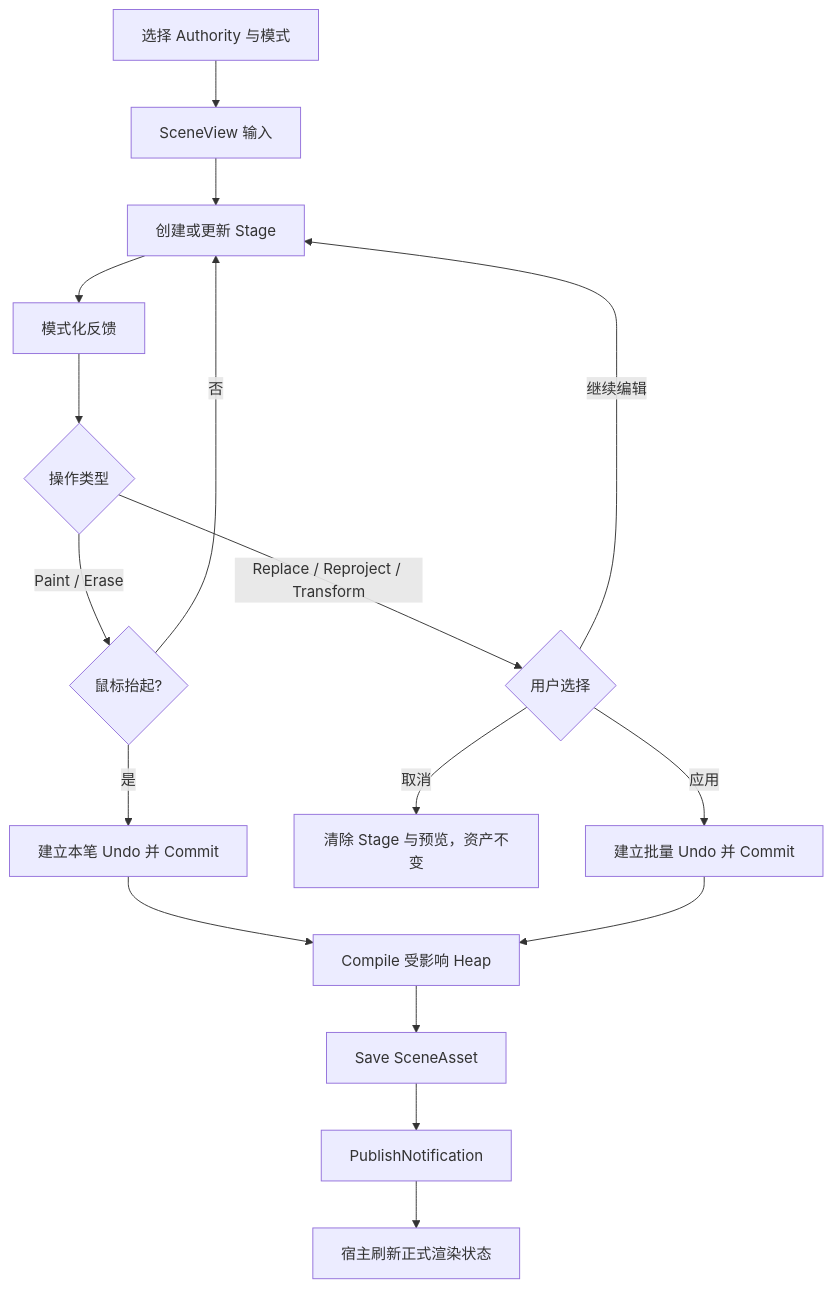
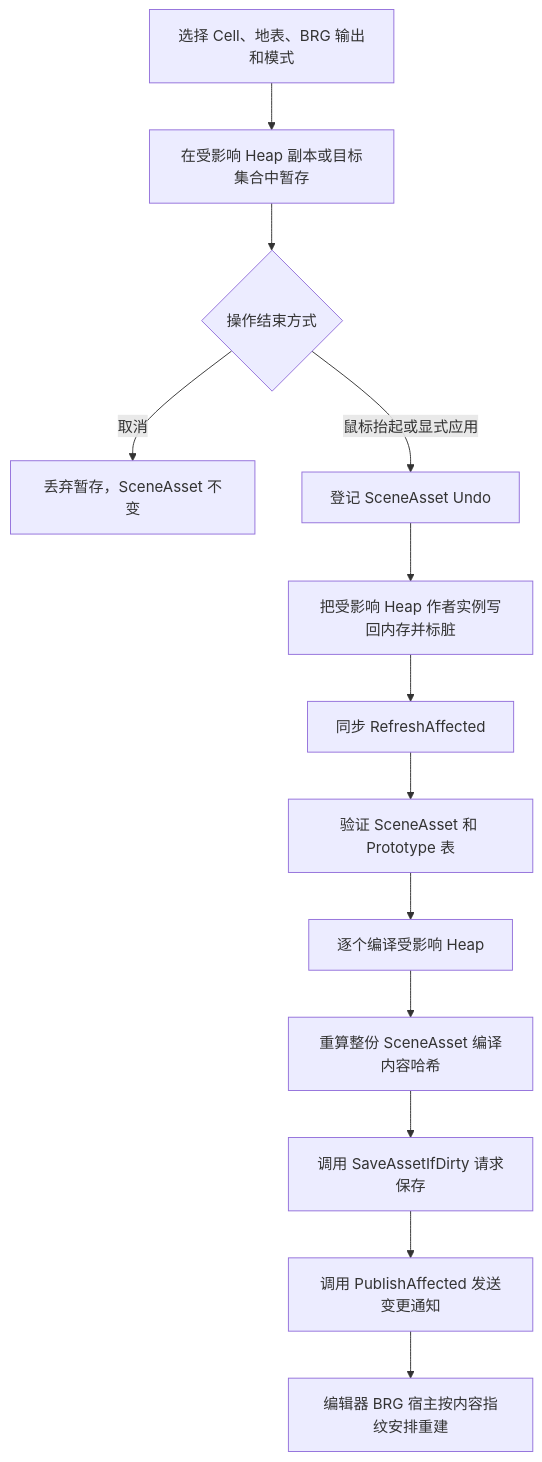
Before and after one commit to KTSAMA001/AgentSkill-Akasha-KT: the diagram in data/unity-vegetation-painter-authoring-transaction-workflow.md, drawn with Mermaid. The commit also changed other lines of this file and 16 other files, not shown here.

````diff
--- a/data/unity-vegetation-painter-authoring-transaction-workflow.md
+++ b/data/unity-vegetation-painter-authoring-transaction-workflow.md
@@ -84,19 +169,15 @@
 ```mermaid
 flowchart TD
-    A[选择 Authority 与模式] --> B[SceneView 输入]
-    B --> C[创建或更新 Stage]
-    C --> D[模式化反馈]
-    D --> E{操作类型}
-    E -- Paint / Erase --> F{鼠标抬起?}
-    F -- 否 --> C
-    F -- 是 --> H[建立本笔 Undo 并 Commit]
-    E -- Replace / Reproject / Transform --> G{用户选择}
-    G -- 取消 --> X[清除 Stage 与预览，资产不变]
-    G -- 继续编辑 --> C
-    G -- 应用 --> I[建立批量 Undo 并 Commit]
-    H --> J[Compile 受影响 Heap]
-    I --> J
-    J --> K[Save SceneAsset]
-    K --> L[PublishNotification]
-    L --> M[宿主刷新正式渲染状态]
+    A[选择 Cell、地表、BRG 输出和模式] --> B[在受影响 Heap 副本或目标集合中暂存]
+    B --> C{操作结束方式}
+    C -- 取消 --> X[丢弃暂存，SceneAsset 不变]
+    C -- 鼠标抬起或显式应用 --> D[登记 SceneAsset Undo]
+    D --> E[把受影响 Heap 作者实例写回内存并标脏]
+    E --> F[同步 RefreshAffected]
+    F --> G[验证 SceneAsset 和 Prototype 表]
+    G --> H[逐个编译受影响 Heap]
+    H --> I[重算整份 SceneAsset 编译内容哈希]
+    I --> J[调用 SaveAssetIfDirty 请求保存]
+    J --> K[调用 PublishAffected 发送变更通知]
+    K --> L[编辑器 BRG 宿主按内容指纹安排重建]
 ```
````
